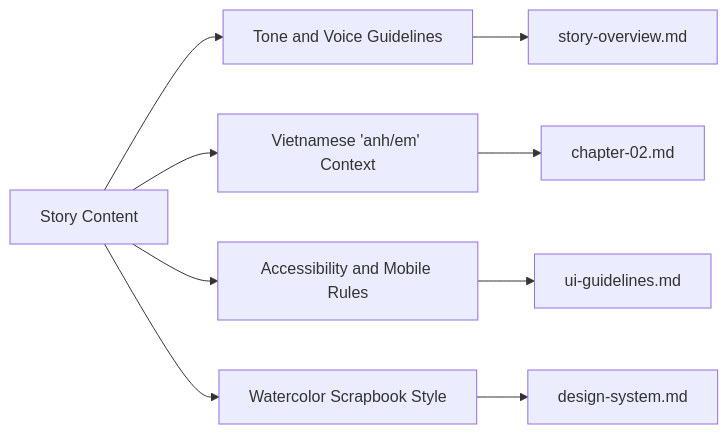
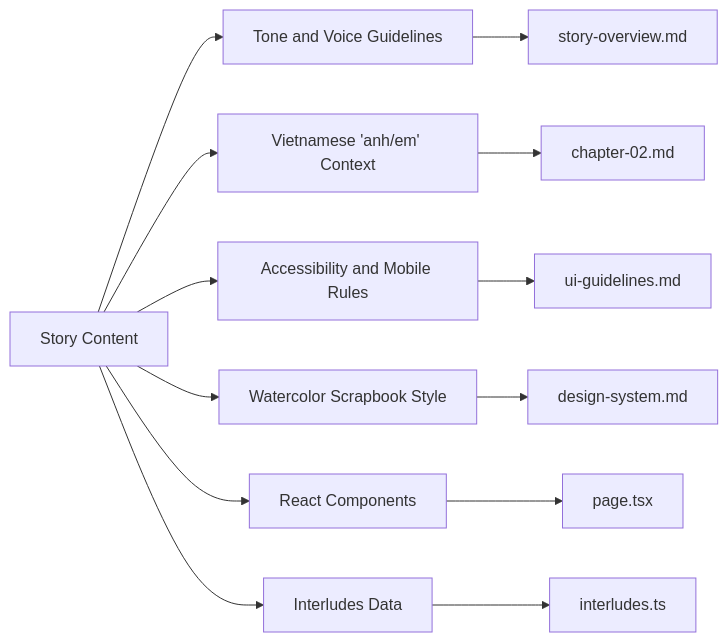
One commit to quangkiet1/anh-xin-loi changed the third of 3 diagrams in .qoder/repowiki/en/content/Story Content and Narrative.md. Above: the diagram before and after it, drawn with Mermaid. The commit also changed other lines of this file and 13 other files, not shown here.

````diff
--- a/.qoder/repowiki/en/content/Story Content and Narrative.md
+++ b/.qoder/repowiki/en/content/Story Content and Narrative.md
@@ -251,11 +338,15 @@
 ```mermaid
 graph LR
 StoryContent["Story Content"] --> Tone["Tone and Voice Guidelines"]
 StoryContent --> CulturalContext["Vietnamese 'anh/em' Context"]
 StoryContent --> Accessibility["Accessibility and Mobile Rules"]
 StoryContent --> VisualStyle["Watercolor Scrapbook Style"]
+StoryContent --> Components["React Components"]
+StoryContent --> Data["Interludes Data"]
 Tone --> SO["story-overview.md"]
 CulturalContext --> C2["chapter-02.md"]
 Accessibility --> UG["ui-guidelines.md"]
 VisualStyle --> DS["design-system.md"]
+Components --> Page["page.tsx"]
+Data --> Interludes["interludes.ts"]
 ```
````
